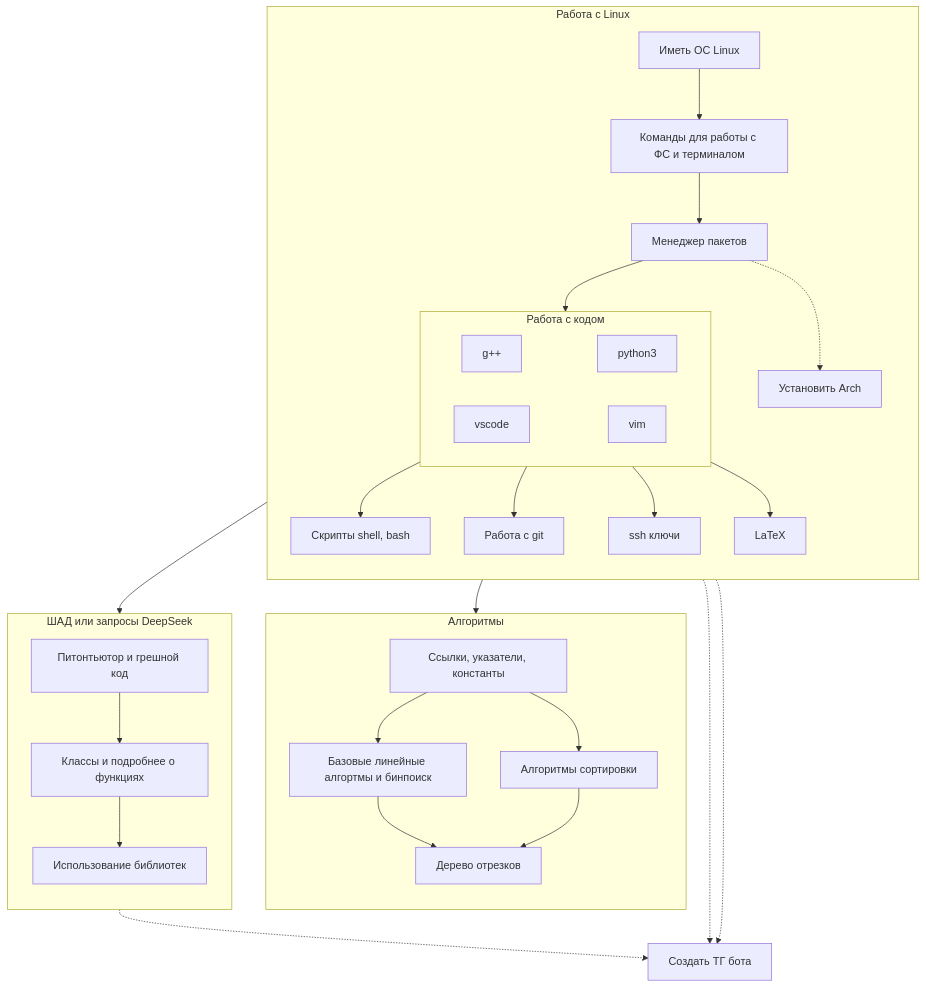
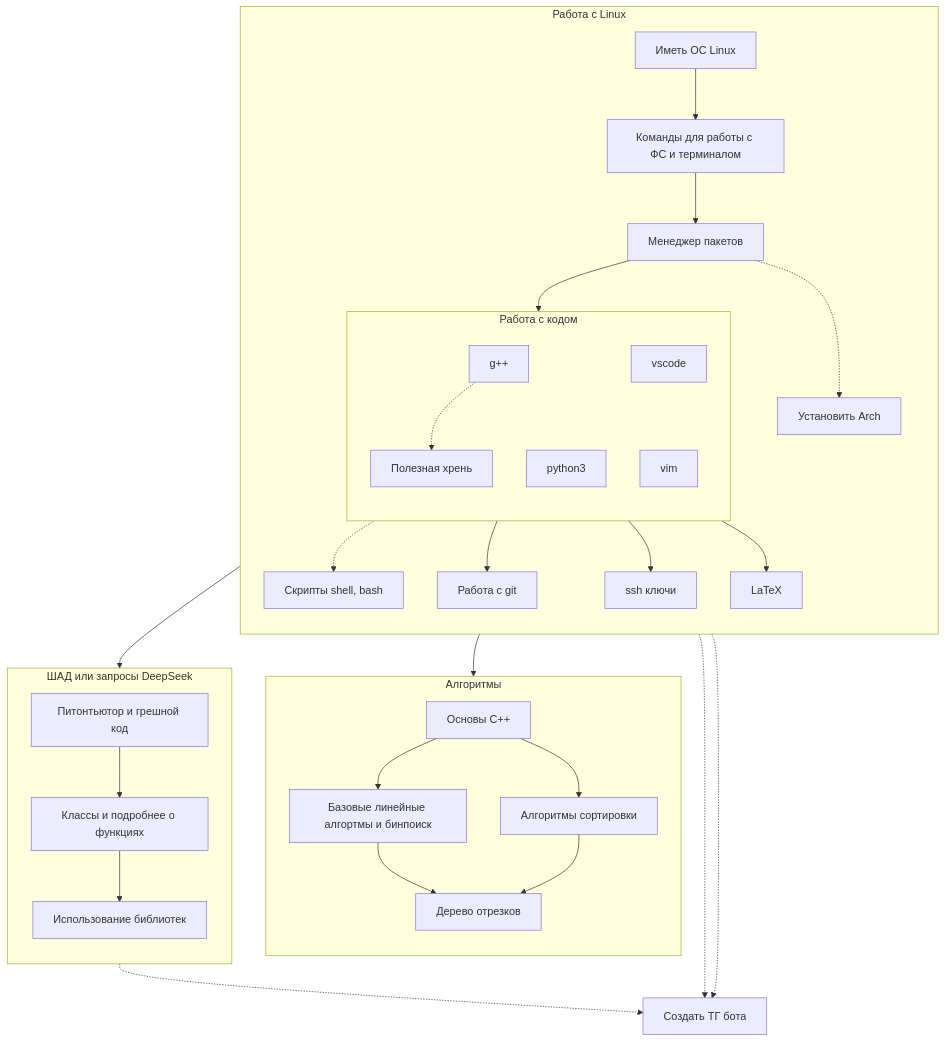
The second of 2 diagrams in README.md (HimerZERO/Teach), drawn with Mermaid before and after one commit. The commit also changed other lines of this file and 2 other files, not shown here.

````diff
--- a/README.md
+++ b/README.md
@@ -32,40 +30,42 @@
 ```mermaid
 graph TB;
   subgraph tree1[Работа с Linux]
     direction TB
     A1[Иметь ОС Linux] --> A2[Команды для работы с ФС и терминалом] --> A3[Менеджер пакетов] --> A4
 
     A3 -.-> A1.1[Установить Arch]
 
 
     subgraph A4[Работа с кодом]
+      direction TB
       g++ ~~~ python3
+      g++ -.-> 1[Полезная хрень]
       vscode ~~~ vim
     end
 
-    A4 --> A5[Скрипты shell, bash]
+    A4 -.-> A5[Скрипты shell, bash]
     A4 --> A6[Работа с git]
     A4 --> A7[ssh ключи]
     A4 --> A8[LaTeX]
   end
 
   subgraph tree2[Алгоритмы]
     direction TB
-    B0[Ссылки, указатели, константы]
+    B0[Основы C++]
     B1[Базовые линейные алгортмы и бинпоиск]
     B2[Алгоритмы сортировки]
     B3[Дерево отрезков]
     B0 --> B1 & B2 --> B3
 
   end
 
   subgraph tree3[ШАД или запросы DeepSeek]
     direction TB
     C1[Питонтьютор и грешной код] --> C2[Классы и подробнее о функциях] --> C3[Использование библиотек]
   end
 
   A4 --> tree2 & tree3
 
   D[Создать ТГ бота]
   C3 & A7 & A6 -.-> D
 ```
````
